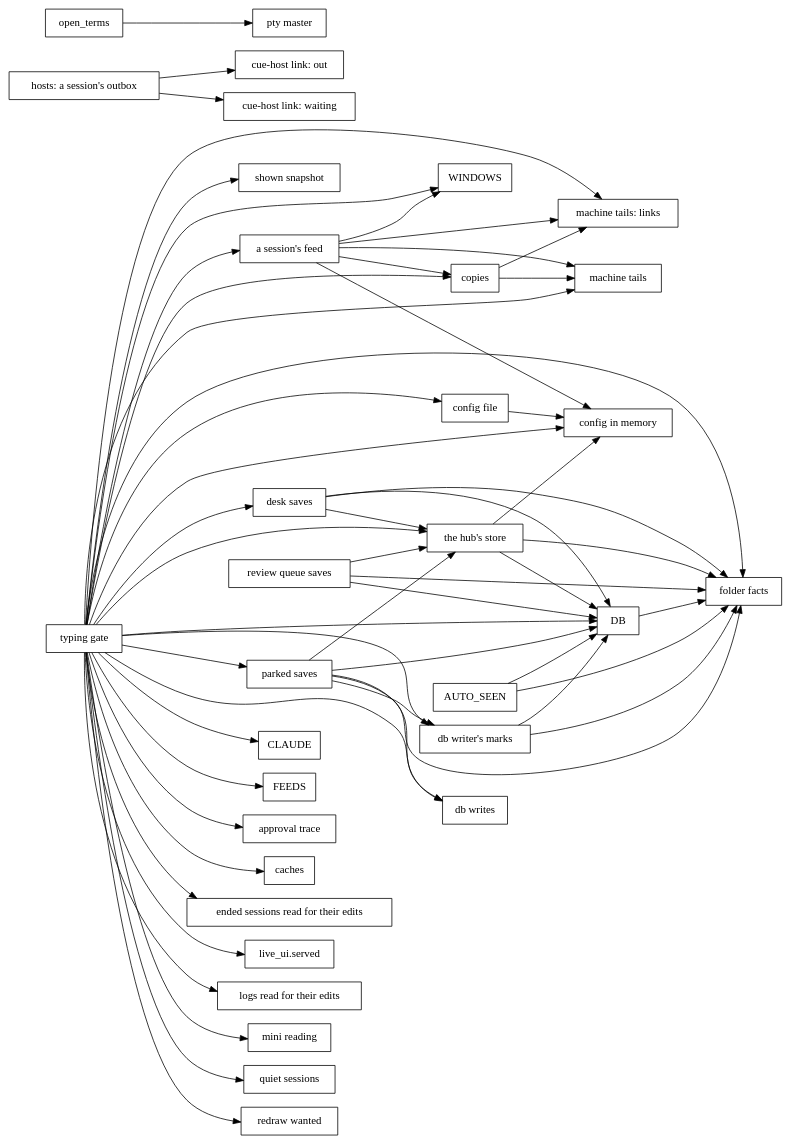
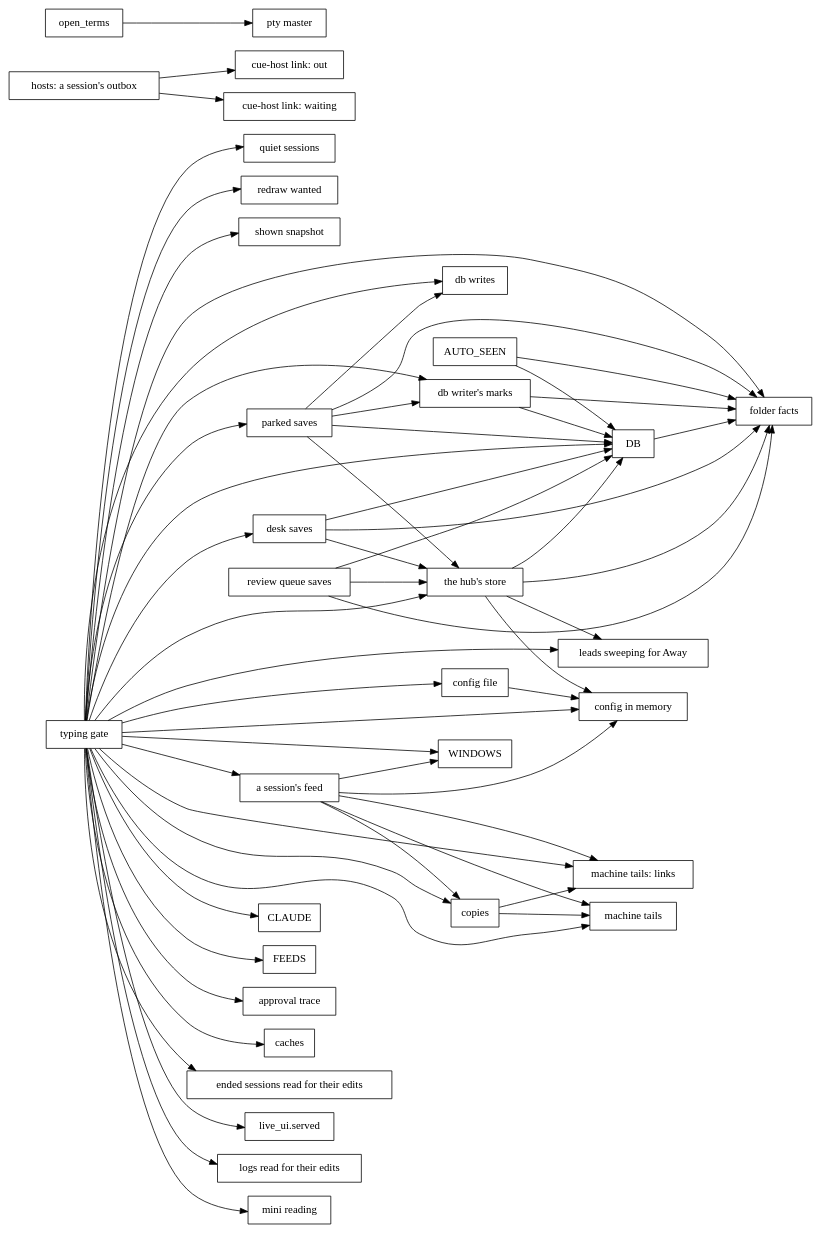
One commit to spacegrowth/cue changed the diagram in docs/dev/lock-graph.dot. Above: the diagram before and after it, drawn with Graphviz. The commit also changed 14 other files, not shown here.

```diff
--- a/docs/dev/lock-graph.dot
+++ b/docs/dev/lock-graph.dot
@@ -1,60 +1,62 @@
 // Generated by `cargo run -p xtask -- inventory`; don't edit by hand.
 digraph locks {
   rankdir=LR;
   node [shape=box];
   "AUTO_SEEN" -> "DB";
   "AUTO_SEEN" -> "folder facts";
   "DB" -> "folder facts";
   "a session's feed" -> "WINDOWS";
   "a session's feed" -> "config in memory";
   "a session's feed" -> "copies";
   "a session's feed" -> "machine tails";
   "a session's feed" -> "machine tails: links";
   "config file" -> "config in memory";
   "copies" -> "machine tails";
   "copies" -> "machine tails: links";
   "db writer's marks" -> "DB";
   "db writer's marks" -> "folder facts";
   "desk saves" -> "DB";
   "desk saves" -> "folder facts";
   "desk saves" -> "the hub's store";
   "hosts: a session's outbox" -> "cue-host link: out";
   "hosts: a session's outbox" -> "cue-host link: waiting";
   "open_terms" -> "pty master";
   "parked saves" -> "DB";
   "parked saves" -> "db writer's marks";
   "parked saves" -> "db writes";
   "parked saves" -> "folder facts";
   "parked saves" -> "the hub's store";
   "review queue saves" -> "DB";
   "review queue saves" -> "folder facts";
   "review queue saves" -> "the hub's store";
   "the hub's store" -> "DB";
   "the hub's store" -> "config in memory";
   "the hub's store" -> "folder facts";
+  "the hub's store" -> "leads sweeping for Away";
   "typing gate" -> "CLAUDE";
   "typing gate" -> "DB";
   "typing gate" -> "FEEDS";
   "typing gate" -> "WINDOWS";
   "typing gate" -> "a session's feed";
   "typing gate" -> "approval trace";
   "typing gate" -> "caches";
   "typing gate" -> "config file";
   "typing gate" -> "config in memory";
   "typing gate" -> "copies";
   "typing gate" -> "db writer's marks";
   "typing gate" -> "db writes";
   "typing gate" -> "desk saves";
   "typing gate" -> "ended sessions read for their edits";
   "typing gate" -> "folder facts";
+  "typing gate" -> "leads sweeping for Away";
   "typing gate" -> "live_ui.served";
   "typing gate" -> "logs read for their edits";
   "typing gate" -> "machine tails";
   "typing gate" -> "machine tails: links";
   "typing gate" -> "mini reading";
   "typing gate" -> "parked saves";
   "typing gate" -> "quiet sessions";
   "typing gate" -> "redraw wanted";
   "typing gate" -> "shown snapshot";
   "typing gate" -> "the hub's store";
 }
```
